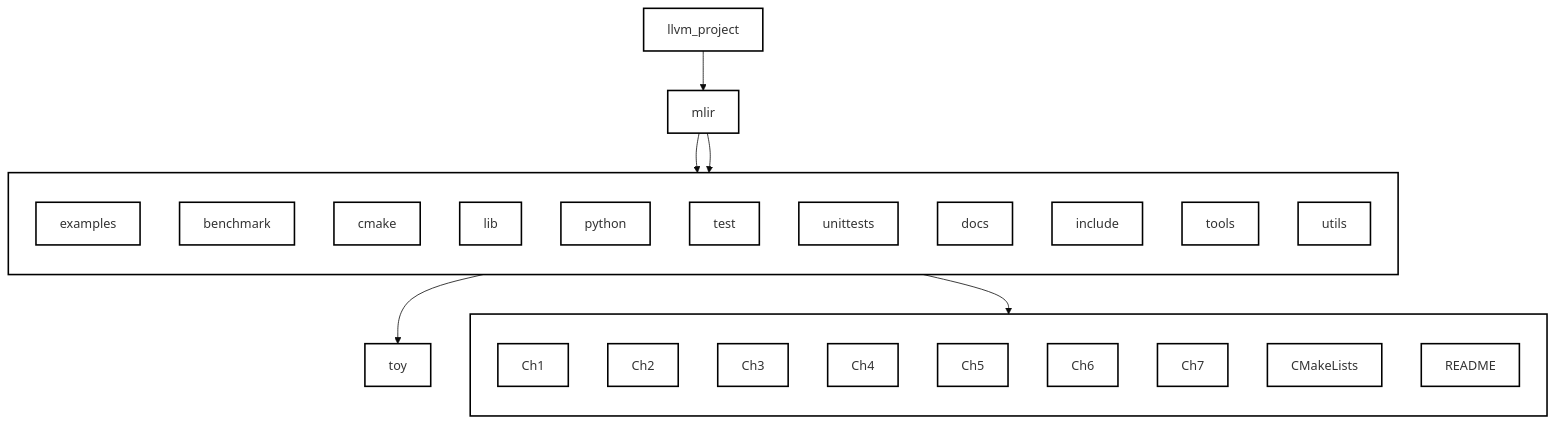
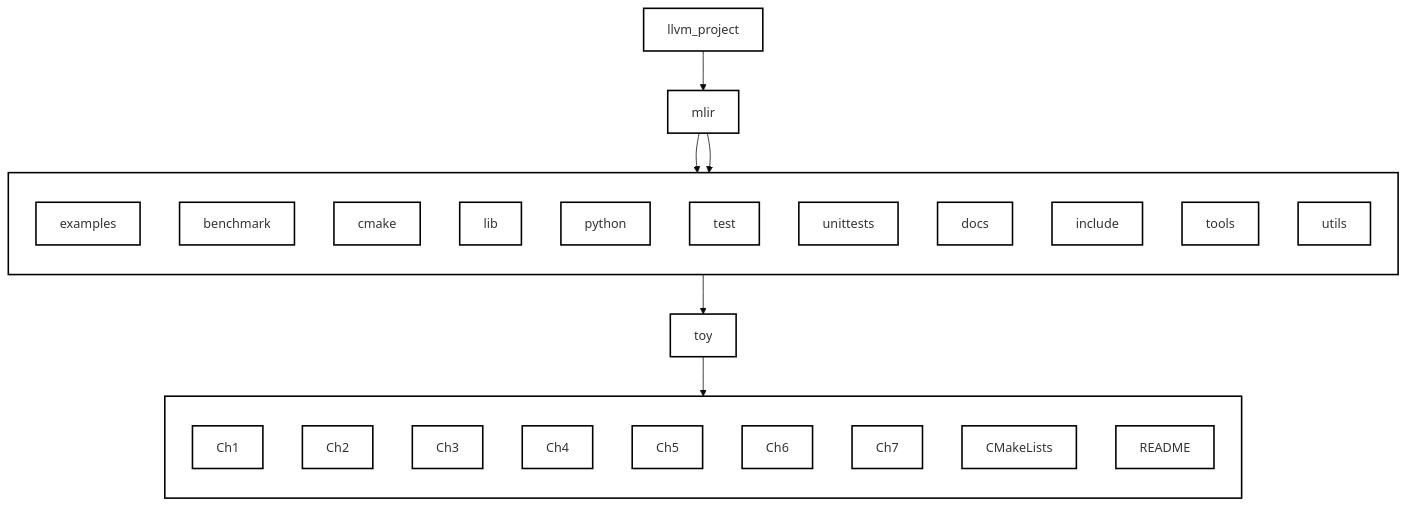
One commit to Ameya674/mlir_for_beginners changed the third of 3 diagrams in Introduction.md. Above: the diagram before and after it, drawn with Mermaid (base theme).

````diff
--- a/Introduction.md
+++ b/Introduction.md
@@ -143,47 +143,47 @@
 ```mermaid
 graph TD
   llvm_project["llvm_project"]
   mlir["mlir"]
   examples["examples"]
   toy["toy"]
 
   llvm_project --> mlir
   mlir --> examples
   examples --> toy
 
   subgraph mlir_box[ ]
     direction TB
     benchmark
     cmake
     examples
     lib
     python
     test
     unittests
     docs
     include
     tools
     utils
   end
 
   mlir --> mlir_box
 
   subgraph toy_box[ ]
     direction TB
     Ch1
     Ch2
     Ch3
     Ch4
     Ch5
     Ch6
     Ch7
     CMakeLists
     README
   end
 
-  examples --> toy_box
+  toy --> toy_box
 
   classDef default fill:#fff,stroke:#000,stroke-width:2px;
   class mlir_box default;
   class toy_box default;
 ```
````
